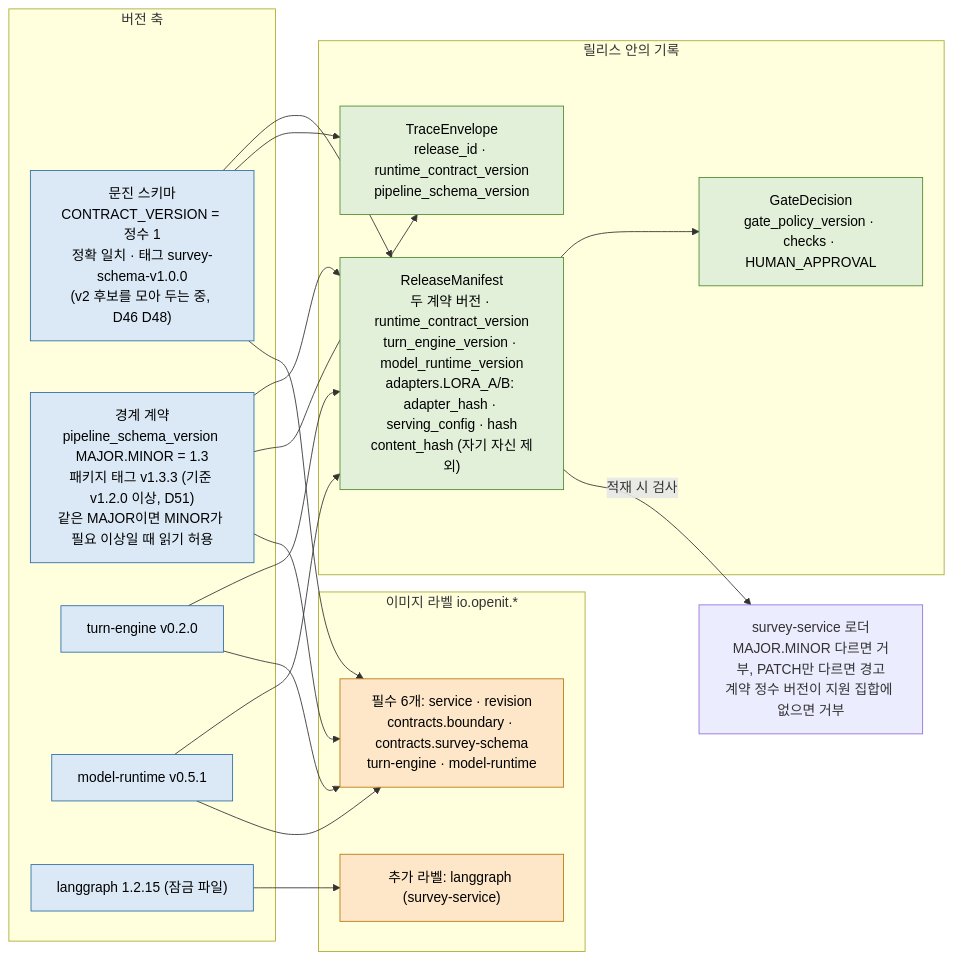
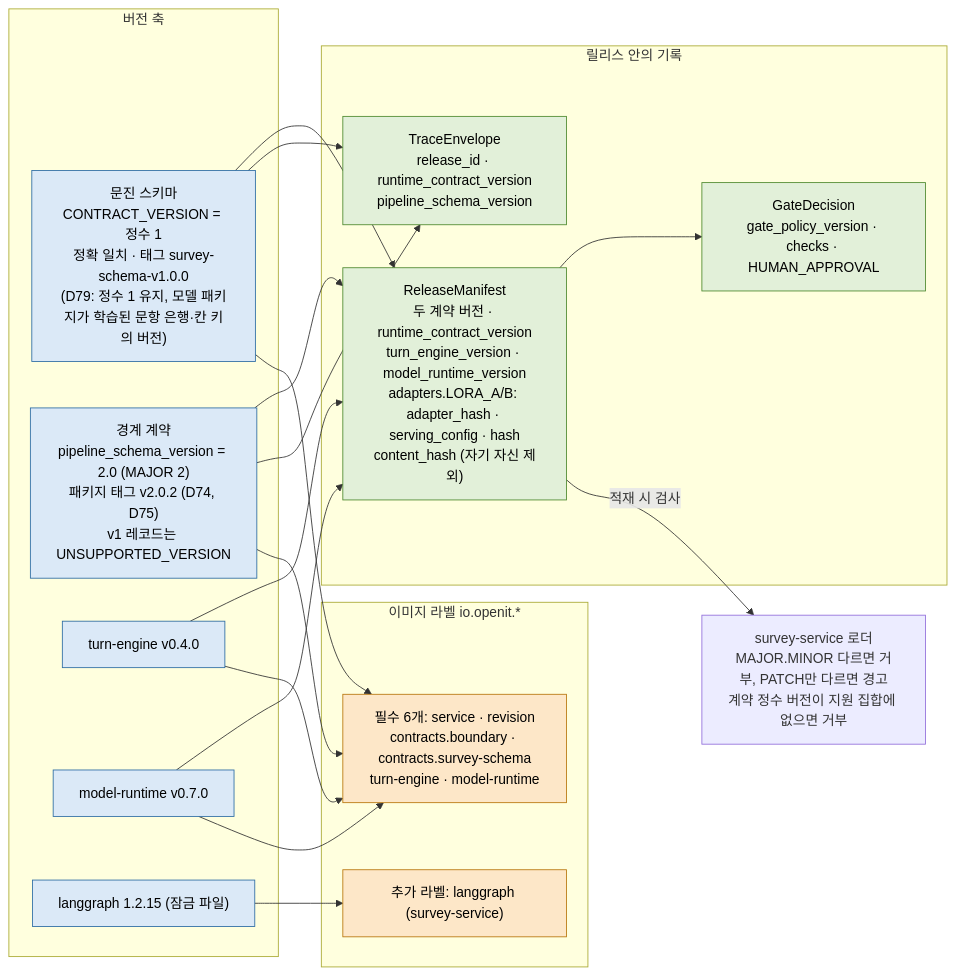
Diagram 12 of 12 in docs/architecture.md (Sdabin1209/openit_head), drawn with Mermaid before and after one commit. The commit also changed other lines of this file and 6 other files, not shown here.

````diff
--- a/docs/architecture.md
+++ b/docs/architecture.md
@@ -717,39 +696,39 @@
 ```mermaid
 flowchart LR
   classDef ver fill:#dbe9f7,stroke:#2e6da4,color:#000
   classDef rec fill:#e2f0d9,stroke:#4f8a2f,color:#000
   classDef img fill:#fde7c8,stroke:#b9770e,color:#000
 
   subgraph V["버전 축"]
-    SV1["문진 스키마<br/>CONTRACT_VERSION = 정수 1<br/>정확 일치 · 태그 survey-schema-v1.0.0<br/>(v2 후보를 모아 두는 중, D46 D48)"]:::ver
-    BV["경계 계약<br/>pipeline_schema_version MAJOR.MINOR = 1.3<br/>패키지 태그 v1.3.3 (기준 v1.2.0 이상, D51)<br/>같은 MAJOR이면 MINOR가 필요 이상일 때 읽기 허용"]:::ver
-    TV["turn-engine v0.2.0"]:::ver
-    MV["model-runtime v0.5.1"]:::ver
+    SV1["문진 스키마<br/>CONTRACT_VERSION = 정수 1<br/>정확 일치 · 태그 survey-schema-v1.0.0<br/>(D79: 정수 1 유지, 모델 패키지가 학습된 문항 은행·칸 키의 버전)"]:::ver
+    BV["경계 계약<br/>pipeline_schema_version = 2.0 (MAJOR 2)<br/>패키지 태그 v2.0.2 (D74, D75)<br/>v1 레코드는 UNSUPPORTED_VERSION"]:::ver
+    TV["turn-engine v0.4.0"]:::ver
+    MV["model-runtime v0.7.0"]:::ver
     LV["langgraph 1.2.15 (잠금 파일)"]:::ver
   end
 
   subgraph R["릴리스 안의 기록"]
     RM["ReleaseManifest<br/>두 계약 버전 · runtime_contract_version<br/>turn_engine_version · model_runtime_version<br/>adapters.LORA_A/B: adapter_hash · serving_config · hash<br/>content_hash (자기 자신 제외)"]:::rec
     GD["GateDecision<br/>gate_policy_version · checks · HUMAN_APPROVAL"]:::rec
     TE["TraceEnvelope<br/>release_id · runtime_contract_version<br/>pipeline_schema_version"]:::rec
   end
 
   subgraph I["이미지 라벨 io.openit.*"]
     L6["필수 6개: service · revision<br/>contracts.boundary · contracts.survey-schema<br/>turn-engine · model-runtime"]:::img
     LX["추가 라벨: langgraph (survey-service)"]:::img
   end
 
   BV --> RM
   SV1 --> RM
   TV --> RM
   MV --> RM
   RM --> GD
   RM -->|"적재 시 검사"| LOAD["survey-service 로더<br/>MAJOR.MINOR 다르면 거부, PATCH만 다르면 경고<br/>계약 정수 버전이 지원 집합에 없으면 거부"]
   SV1 --> TE
   BV --> TE
   BV --> L6
   SV1 --> L6
   TV --> L6
   MV --> L6
   LV --> LX
 ```
````
